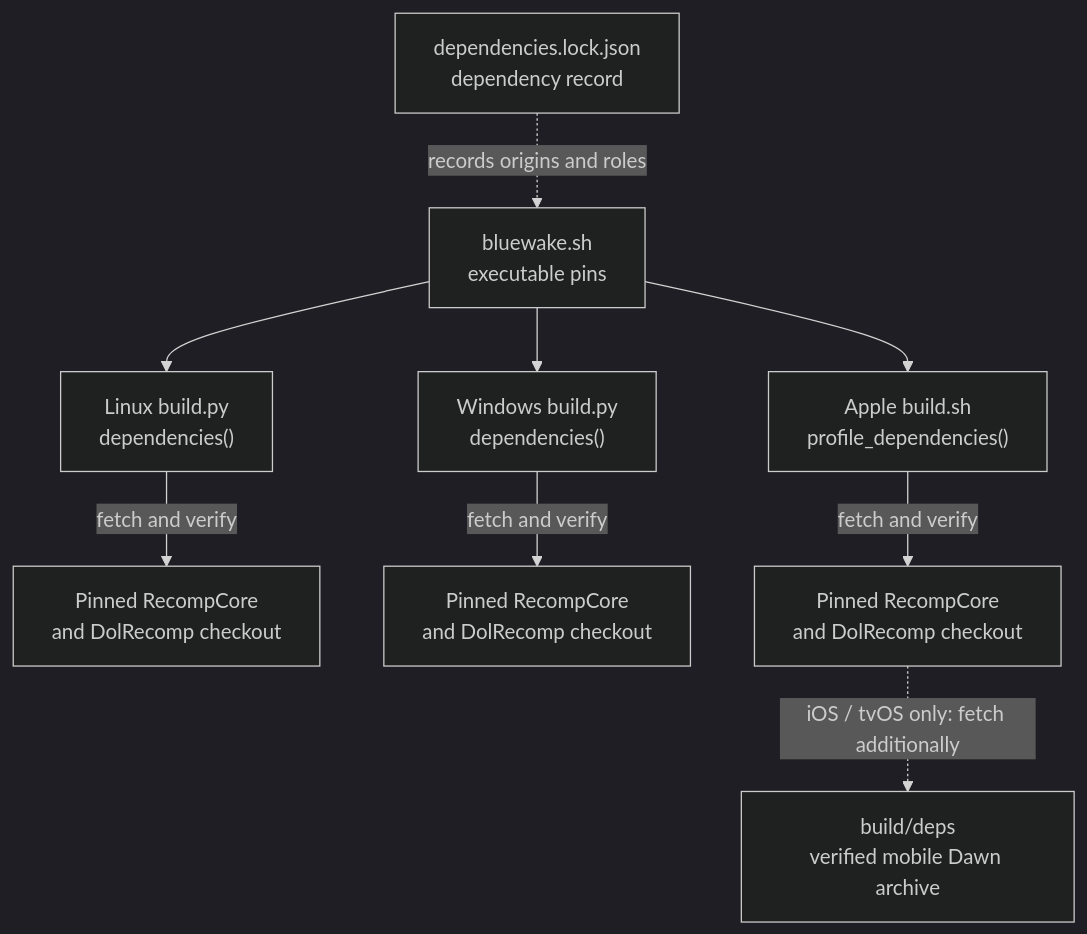
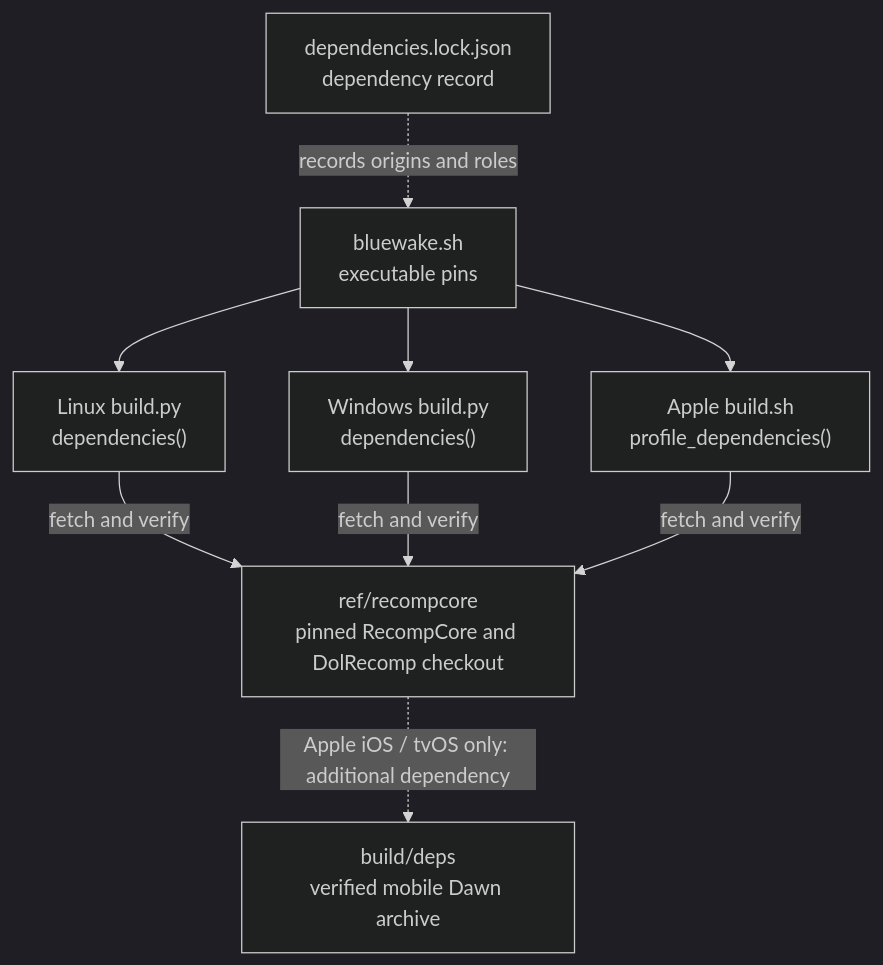
The third of 3 diagrams in docs/architecture/Build.md (Aelbannan/boat_of_daphnes), drawn with Mermaid (dark theme) before and after one commit.

Commit message:
docs: unify dependency checkout artifact

````diff
--- a/docs/architecture/Build.md
+++ b/docs/architecture/Build.md
@@ -165,21 +165,19 @@
 ```mermaid
 flowchart TD
     Profile["bluewake.sh<br/>executable pins"]
     Lock["dependencies.lock.json<br/>dependency record"]
     Linux["Linux build.py<br/>dependencies()"]
     Windows["Windows build.py<br/>dependencies()"]
     Apple["Apple build.sh<br/>profile_dependencies()"]
-    LinuxGit["Pinned RecompCore<br/>and DolRecomp checkout"]
-    WindowsGit["Pinned RecompCore<br/>and DolRecomp checkout"]
-    AppleGit["Pinned RecompCore<br/>and DolRecomp checkout"]
+    Checkout["ref/recompcore<br/>pinned RecompCore and DolRecomp checkout"]
     Dawn["build/deps<br/>verified mobile Dawn archive"]
 
     Profile --> Linux
     Profile --> Windows
     Profile --> Apple
-    Linux -->|fetch and verify| LinuxGit
-    Windows -->|fetch and verify| WindowsGit
-    Apple -->|fetch and verify| AppleGit
-    AppleGit -. "iOS / tvOS only: fetch additionally" .-> Dawn
+    Linux -->|fetch and verify| Checkout
+    Windows -->|fetch and verify| Checkout
+    Apple -->|fetch and verify| Checkout
+    Checkout -. "Apple iOS / tvOS only: additional dependency" .-> Dawn
     Lock -. "records origins and roles" .-> Profile
 ```
````
